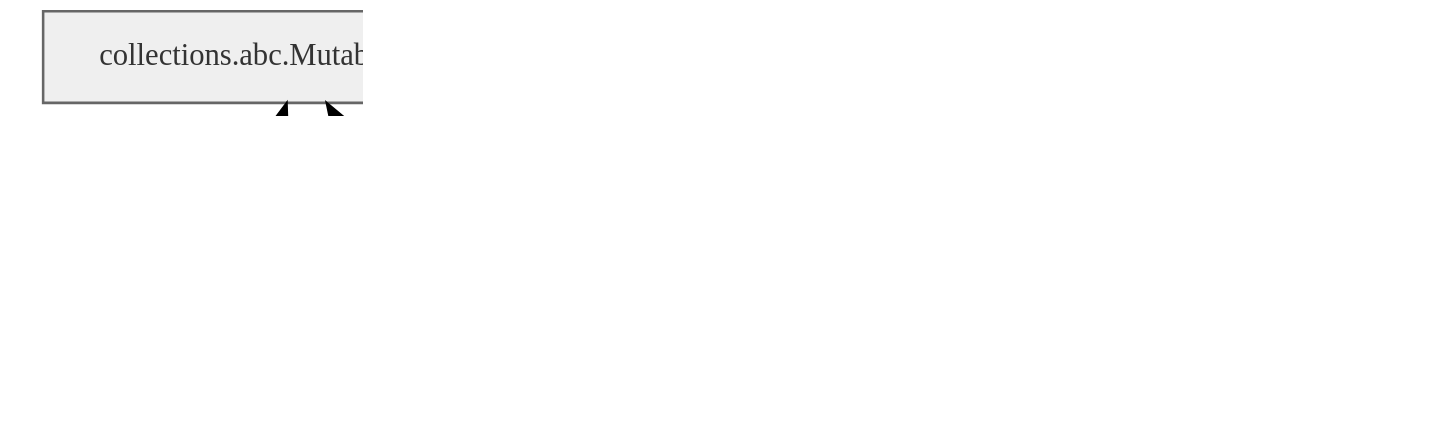
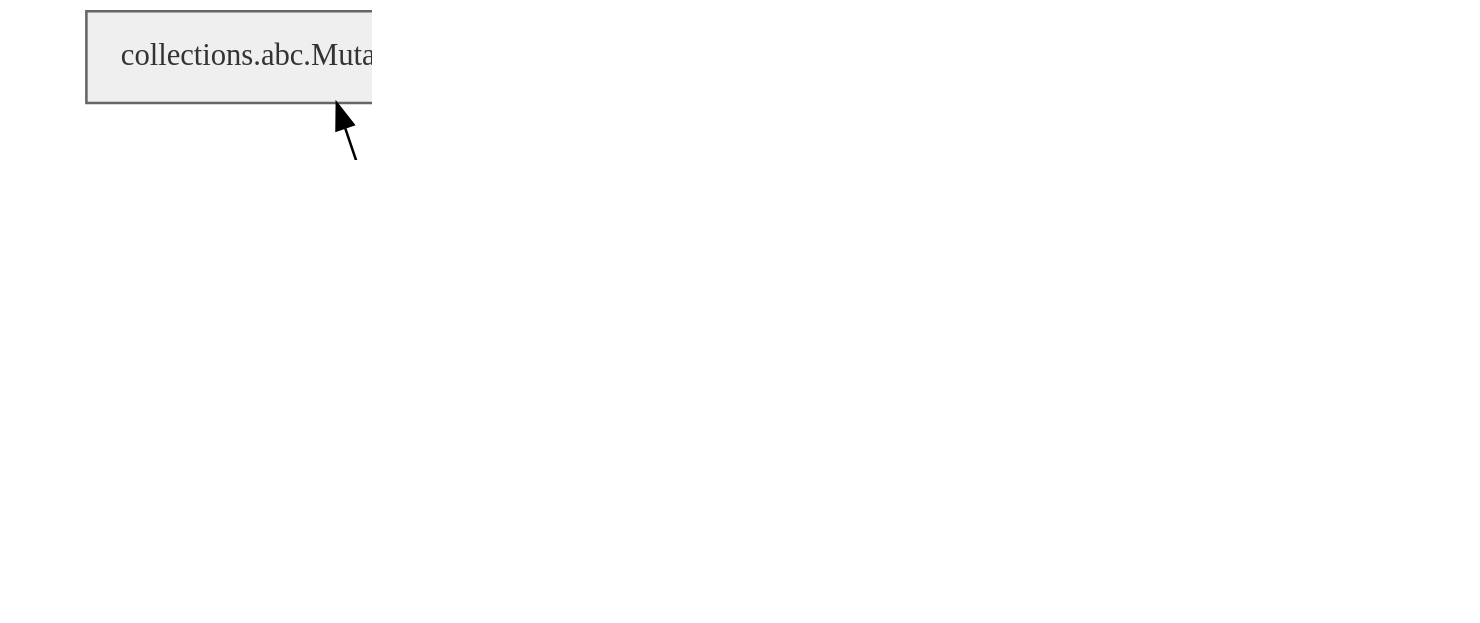
Before and after one commit to guillaume-humbert/bidict: the diagram in assets/bidict-types-diagram.dot, drawn with Graphviz. The commit also changed 73 other files, not shown here.

```diff
--- a/assets/bidict-types-diagram.dot
+++ b/assets/bidict-types-diagram.dot
@@ -1,40 +1,44 @@
-// Copyright 2009-2019 Joshua Bronson. All Rights Reserved.
+// Copyright 2009-2020 Joshua Bronson. All Rights Reserved.
 //
 // This Source Code Form is subject to the terms of the Mozilla Public
 // License, v. 2.0. If a copy of the MPL was not distributed with this
 // file, You can obtain one at http://mozilla.org/MPL/2.0/.
 
 
 // See ../build-docs.sh for how to generate an image from this file.
 
 digraph G {
   rankdir=BT
   dpi=300
   node [fontsize="12", shape="box"]
 
   subgraph ABCs {
-    node [fillcolor="#EFEFEF", color="#666666", fontcolor="#333333", style="filled", fontname="Script12 BT"]
+    node [fillcolor="#EFEFEF", color="#666666", fontcolor="#333333", style="filled", fontname="Cousine Nerd Font Italic"]
     Mapping [label="collections.abc.Mapping"]
     MutableMapping [label="collections.abc.MutableMapping"]
     Hashable [label="collections.abc.Hashable"]
     MutableMapping -> Mapping
     { rank=same Mapping MutableMapping Hashable }
 
-    BidirectionalMapping [label="bidict._abc.BidirectionalMapping", style="filled, bold", fontcolor="black", fontname="Cousine Bold Italic"]
+    BidirectionalMapping [label="bidict._abc.BidirectionalMapping", style="filled, bold", fontcolor="black", fontname="Cousine Nerd Font Bold Italic"]
+    MutableBidirectionalMapping [label="bidict._abc.MutableBidirectionalMapping", style="filled, bold", fontcolor="black", fontname="Cousine Nerd Font Bold Italic"]
     BidirectionalMapping -> Mapping
+    MutableBidirectionalMapping -> BidirectionalMapping
+    MutableBidirectionalMapping -> MutableMapping
   }
 
   subgraph {
-    node [style="bold", fontname="Fira Mono Bold"]
+    node [style="bold", fontname="FiraMono Nerd Font Bold"]
 
     bidict [label="bidict.bidict"]
     frozenbidict [label="bidict.frozenbidict"]
     OrderedBidict [label="bidict.OrderedBidict"]
     FrozenOrderedBidict [label="bidict.FrozenOrderedBidict"]
 
-    bidict -> { BidirectionalMapping, MutableMapping }
-    OrderedBidict -> { BidirectionalMapping, MutableMapping }
+    bidict -> { MutableBidirectionalMapping }
+    OrderedBidict -> { MutableBidirectionalMapping }
     FrozenOrderedBidict -> { BidirectionalMapping, Hashable }
     frozenbidict -> { BidirectionalMapping, Hashable }
+    { rank=same bidict frozenbidict OrderedBidict FrozenOrderedBidict }
   }
 }
```
